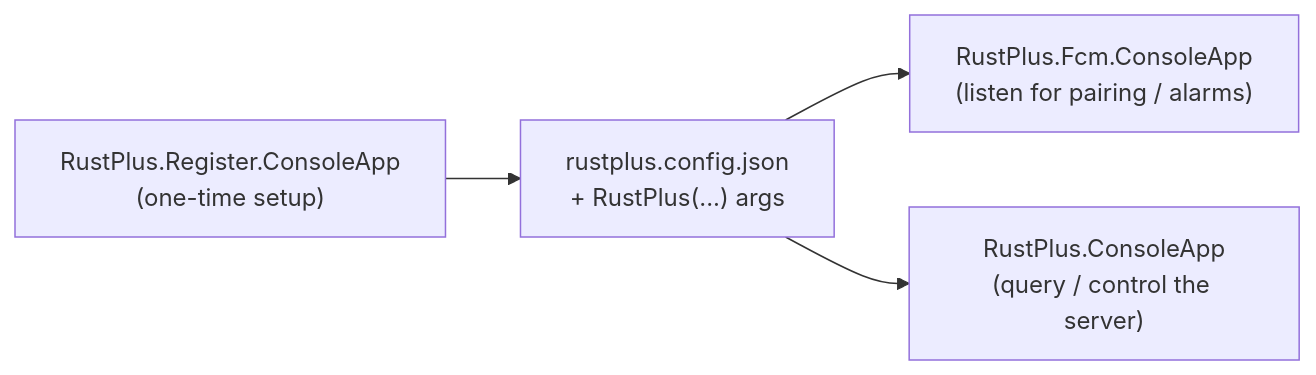
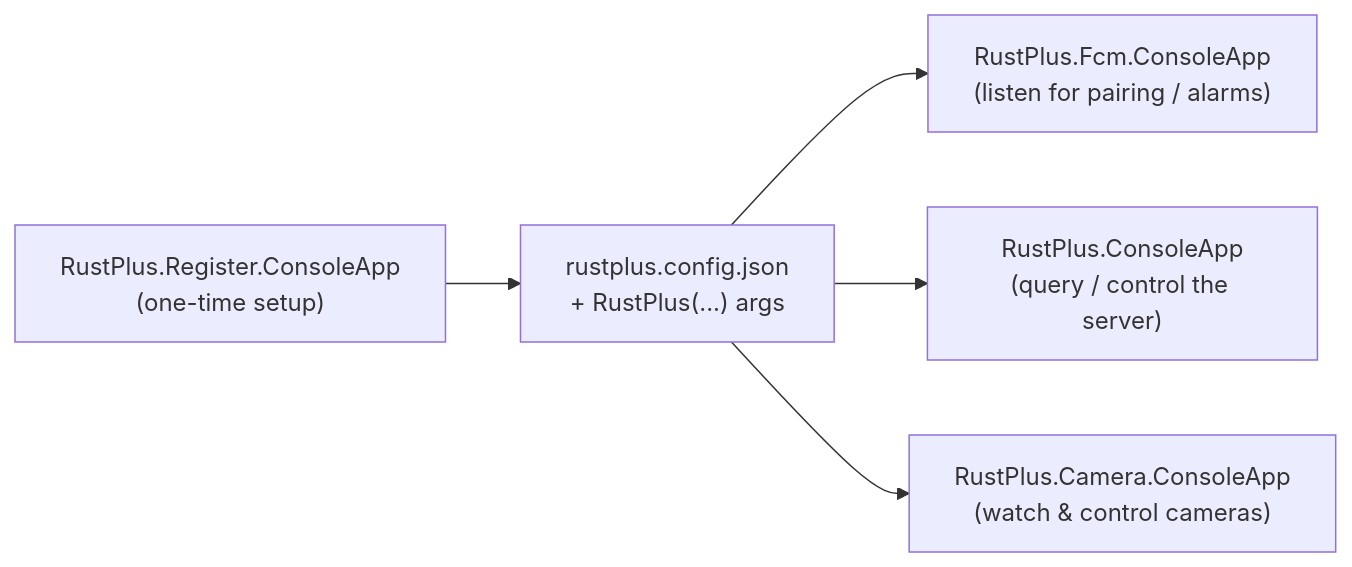
The diagram in docs/articles/samples.md (HandyS11/RustPlusApi), drawn with Mermaid before and after one commit. The commit also changed other lines of this file and 17 other files, not shown here.

````diff
--- a/docs/articles/samples.md
+++ b/docs/articles/samples.md
@@ -6,6 +6,7 @@
 ```mermaid
 flowchart LR
     Reg["RustPlus.Register.ConsoleApp<br/>(one-time setup)"] --> Cfg["rustplus.config.json<br/>+ RustPlus(...) args"]
     Cfg --> Fcm["RustPlus.Fcm.ConsoleApp<br/>(listen for pairing / alarms)"]
     Cfg --> App["RustPlus.ConsoleApp<br/>(query / control the server)"]
+    Cfg --> Cam["RustPlus.Camera.ConsoleApp<br/>(watch & control cameras)"]
 ```
````
